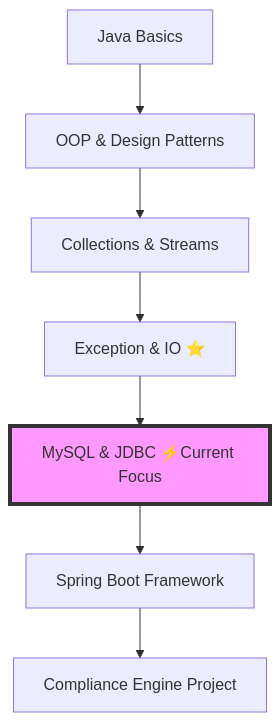
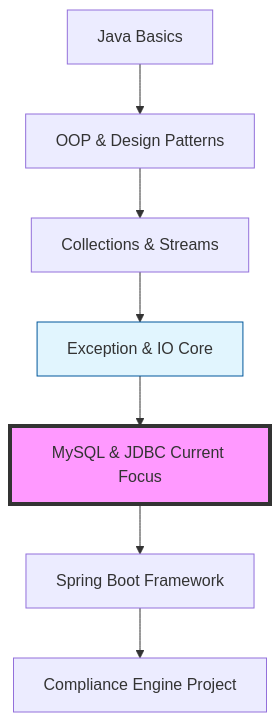
One commit to Wenjian-Liu/Compliance-Tech-Logic changed the diagram in README.md. Above: the diagram before and after it, drawn with Mermaid.

````diff
--- a/README.md
+++ b/README.md
@@ -278,11 +278,13 @@
 ```mermaid
-graph TD;
+graph TD
     A[Java Basics] --> B[OOP & Design Patterns]
     B --> C[Collections & Streams]
-    C --> D[Exception & IO ⭐]
-    D --> E[MySQL & JDBC ⚡Current Focus]
+    C --> D[Exception & IO Core]
+    D --> E[MySQL & JDBC Current Focus]
     E --> F[Spring Boot Framework]
     F --> G[Compliance Engine Project]
     
     style E fill:#f9f,stroke:#333,stroke-width:4px
+    style D fill:#e1f5fe,stroke:#01579b
+
 ```
````
